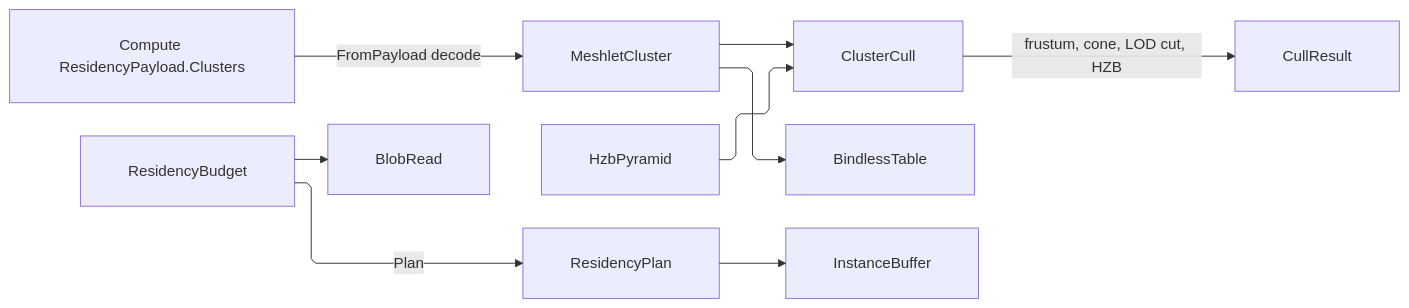
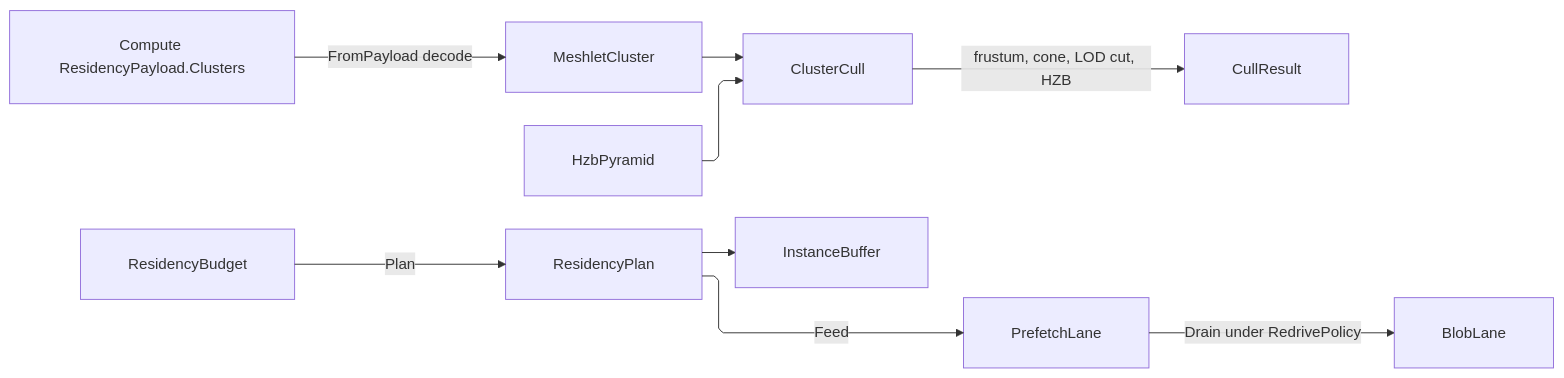
The diagram in libs/csharp/Rasm.AppUi/.planning/Render/meshlets.md (bsamiee/Rasm), drawn with Mermaid before and after one commit. The commit also changed other lines of this file and 818 other files, not shown here.

````diff
--- a/libs/csharp/Rasm.AppUi/.planning/Render/meshlets.md
+++ b/libs/csharp/Rasm.AppUi/.planning/Render/meshlets.md
@@ -621,20 +720,20 @@
 ```mermaid
 ---
 config:
   layout: elk
   flowchart:
     curve: linear
     padding: 25
 ---
 flowchart LR
     accTitle: Meshlet residency and culling flow
-    accDescr: Compute residency payloads project into meshlet clusters, cull state, draw cuts, and residency plans.
+    accDescr: Compute residency payloads project into meshlet clusters, cull state, draw cuts, and residency plans, with the prefetch lane draining blob reads.
     Payload["Compute ResidencyPayload.Clusters"] -->|FromPayload decode| MeshletCluster
     MeshletCluster --> ClusterCull
     ClusterCull -->|frustum, cone, LOD cut, HZB| CullResult
     HzbPyramid --> ClusterCull
-    MeshletCluster --> BindlessTable
     ResidencyBudget -->|Plan| ResidencyPlan
     ResidencyPlan --> InstanceBuffer
-    ResidencyBudget --> BlobRead
+    ResidencyPlan -->|Feed| PrefetchLane
+    PrefetchLane -->|Drain under RedrivePolicy| BlobLane
 ```
````
